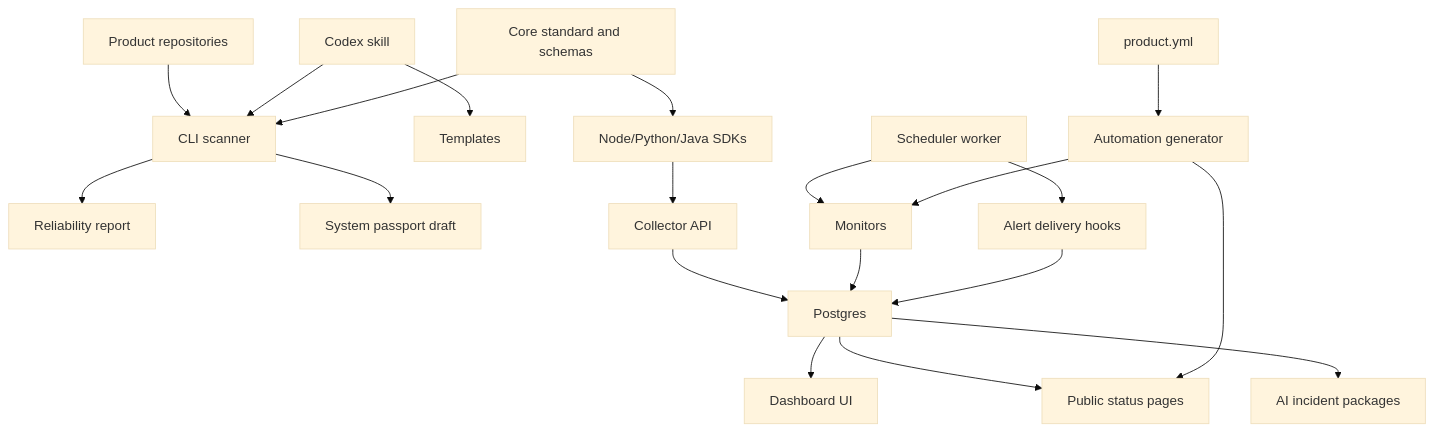
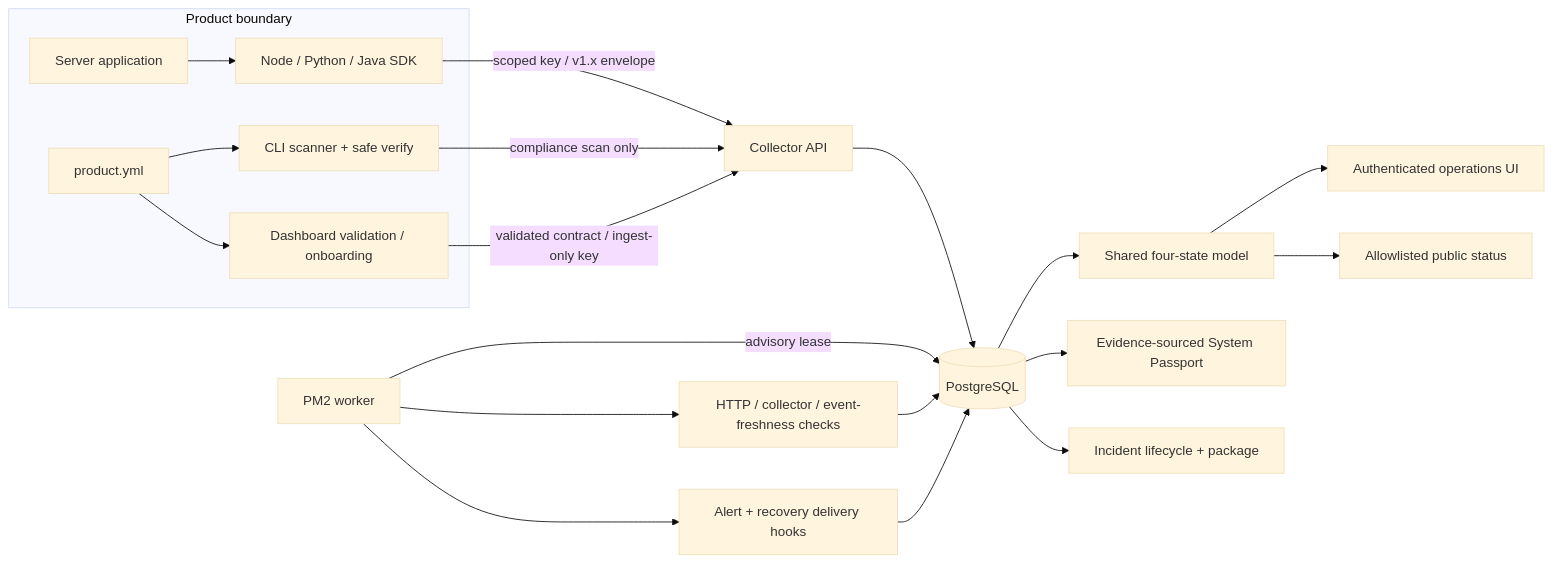
One commit to shubaomi/ai-product-reliability-kit changed the diagram in docs/architecture.md. Above: the diagram before and after it, drawn with Mermaid (base theme). The commit also changed other lines of this file and 133 other files, not shown here.

````diff
--- a/docs/architecture.md
+++ b/docs/architecture.md
@@ -5,22 +5,25 @@
 ```mermaid
-flowchart TD
-  P["Product repositories"] --> C["CLI scanner"]
-  C --> R["Reliability report"]
-  C --> S["System passport draft"]
-  K["Codex skill"] --> C
-  K --> T["Templates"]
-  STD["Core standard and schemas"] --> C
-  STD --> SDK["Node/Python/Java SDKs"]
-  SDK --> API["Collector API"]
-  API --> DB["Postgres"]
-  DB --> D["Dashboard UI"]
-  DB --> SP["Public status pages"]
-  DB --> IP["AI incident packages"]
-  W["Scheduler worker"] --> M["Monitors"]
-  M --> DB
-  W --> A["Alert delivery hooks"]
-  A --> DB
-  G["product.yml"] --> AUTO["Automation generator"]
-  AUTO --> M
-  AUTO --> SP
+flowchart LR
+  subgraph Product["Product boundary"]
+    App["Server application"] --> SDK["Node / Python / Java SDK"]
+    Contract["product.yml"] --> Scanner["CLI scanner + safe verify"]
+    Contract --> Onboarding["Dashboard validation / onboarding"]
+  end
+
+  SDK -->|"scoped key / v1.x envelope"| API["Collector API"]
+  Scanner -->|"compliance scan only"| API
+  Onboarding -->|"validated contract / ingest-only key"| API
+  API --> PG[("PostgreSQL")]
+
+  Worker["PM2 worker"] -->|"advisory lease"| PG
+  Worker --> Monitor["HTTP / collector / event-freshness checks"]
+  Monitor --> PG
+  Worker --> Delivery["Alert + recovery delivery hooks"]
+  Delivery --> PG
+
+  PG --> Model["Shared four-state model"]
+  Model --> UI["Authenticated operations UI"]
+  Model --> Public["Allowlisted public status"]
+  PG --> Passport["Evidence-sourced System Passport"]
+  PG --> Incident["Incident lifecycle + package"]
 ```
````
